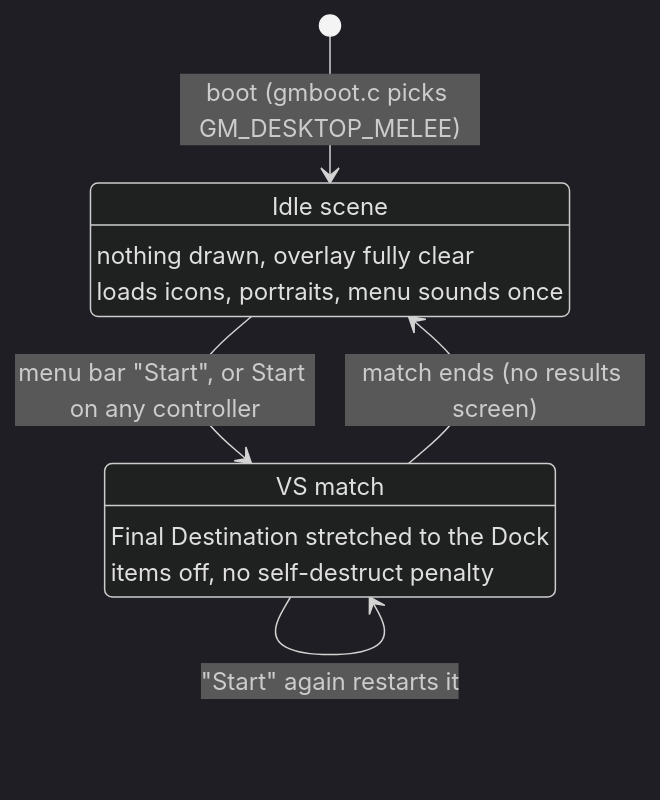
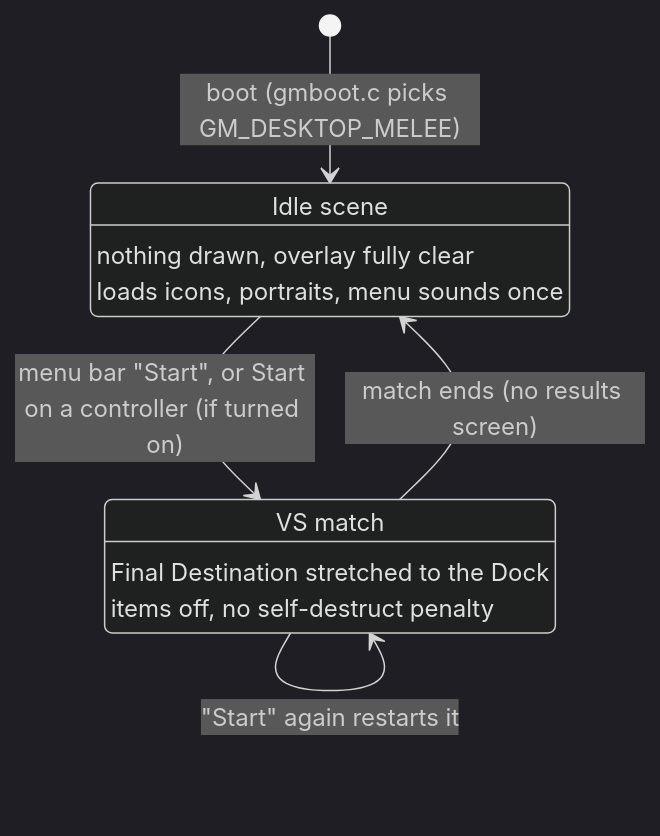
The eighth of 12 diagrams in docs/desktop-melee/how-it-works.md (Mwrnk/desktop-melee), drawn with Mermaid (dark theme) before and after one commit. The commit also changed 10 other files, not shown here.

First line of the commit message:
Start on a controller starts a match only when the Match tab says so

````diff
--- a/docs/desktop-melee/how-it-works.md
+++ b/docs/desktop-melee/how-it-works.md
@@ -468,13 +468,13 @@
 ```mermaid
 stateDiagram-v2
     [*] --> Idle: boot (gmboot.c picks GM_DESKTOP_MELEE)
     Idle: Idle scene
     Idle: nothing drawn, overlay fully clear
     Idle: loads icons, portraits, menu sounds once
     Match: VS match
     Match: Final Destination stretched to the Dock
     Match: items off, no self-destruct penalty
-    Idle --> Match: menu bar "Start", or Start on any controller
+    Idle --> Match: menu bar "Start", or Start on a controller (if turned on)
     Match --> Match: "Start" again restarts it
     Match --> Idle: match ends (no results screen)
 ```
````
